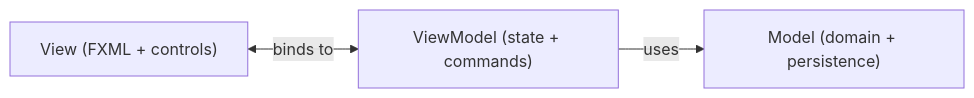
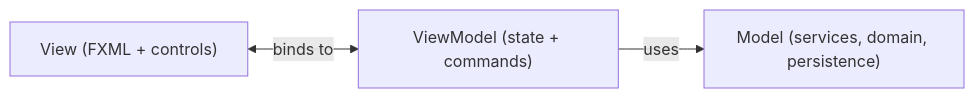
Before and after one commit to TroelsMortensen/Codelabs2: the diagram in Articles/SDT/Design Patterns/MVVM/001 Introduction.md, drawn with Mermaid.

````diff
--- a/Articles/SDT/Design Patterns/MVVM/001 Introduction.md
+++ b/Articles/SDT/Design Patterns/MVVM/001 Introduction.md
@@ -27,5 +27,5 @@
 ```mermaid
 flowchart LR
     View["View (FXML + controls)"] <-->|"binds to"| ViewModel["ViewModel (state + commands)"]
-    ViewModel -->|"uses"| Model["Model (domain + persistence)"]
+    ViewModel -->|"uses"| Model["Model (services, domain, persistence)"]
 ```
````
